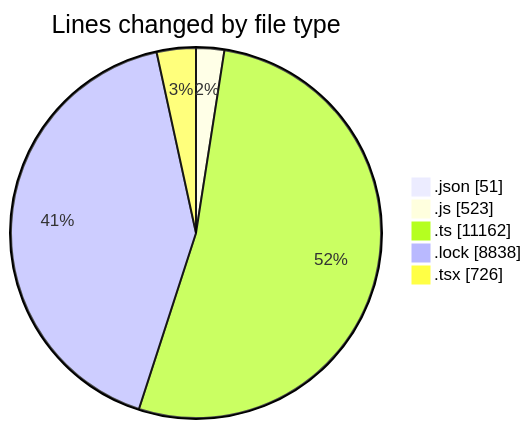
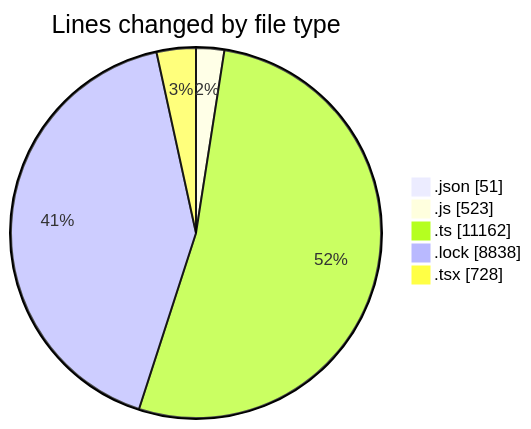
The first of 2 diagrams in 2025-10-08/cda/README.md (momahboobian/code-tracking), drawn with Mermaid before and after one commit. The commit also changed other lines of this file and 1 other file, not shown here.

````diff
--- a/2025-10-08/cda/README.md
+++ b/2025-10-08/cda/README.md
@@ -33,9 +33,9 @@
 ```mermaid
 pie showData
 title Lines changed by file type
 ".json" : 51
 ".js" : 523
 ".ts" : 11162
 ".lock" : 8838
-".tsx" : 726
+".tsx" : 728
 ```
````
